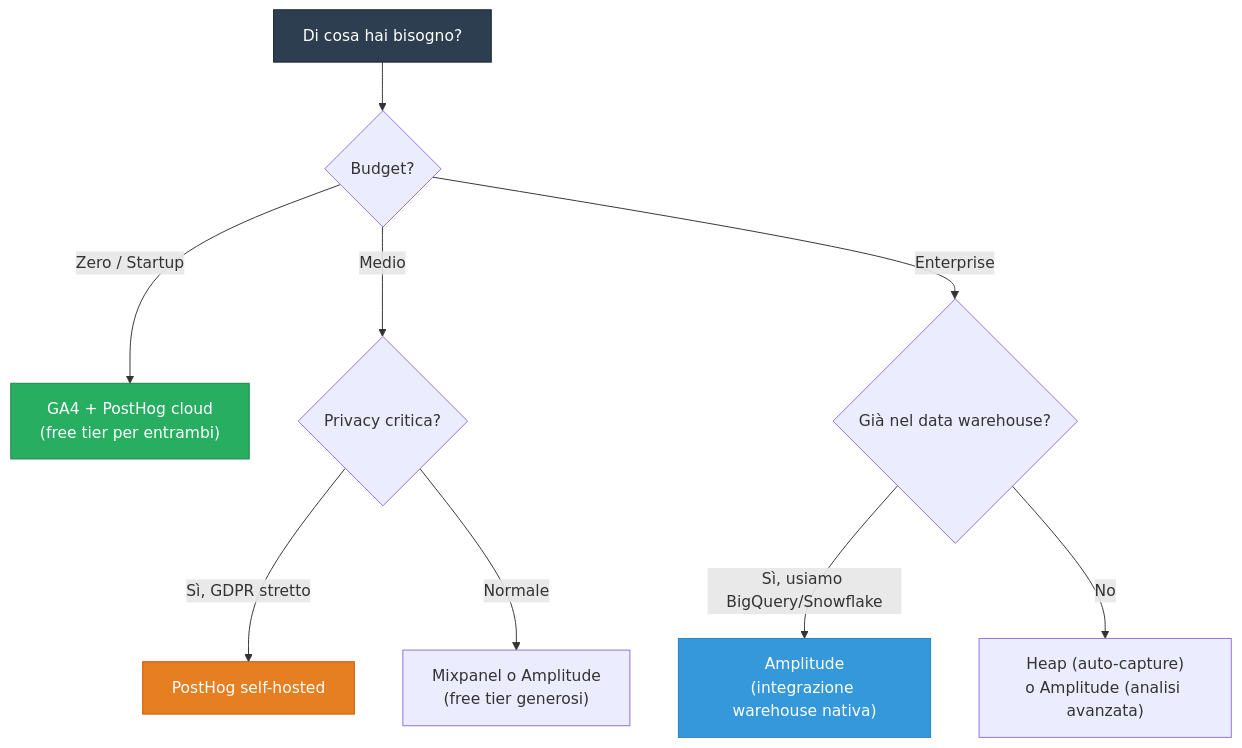
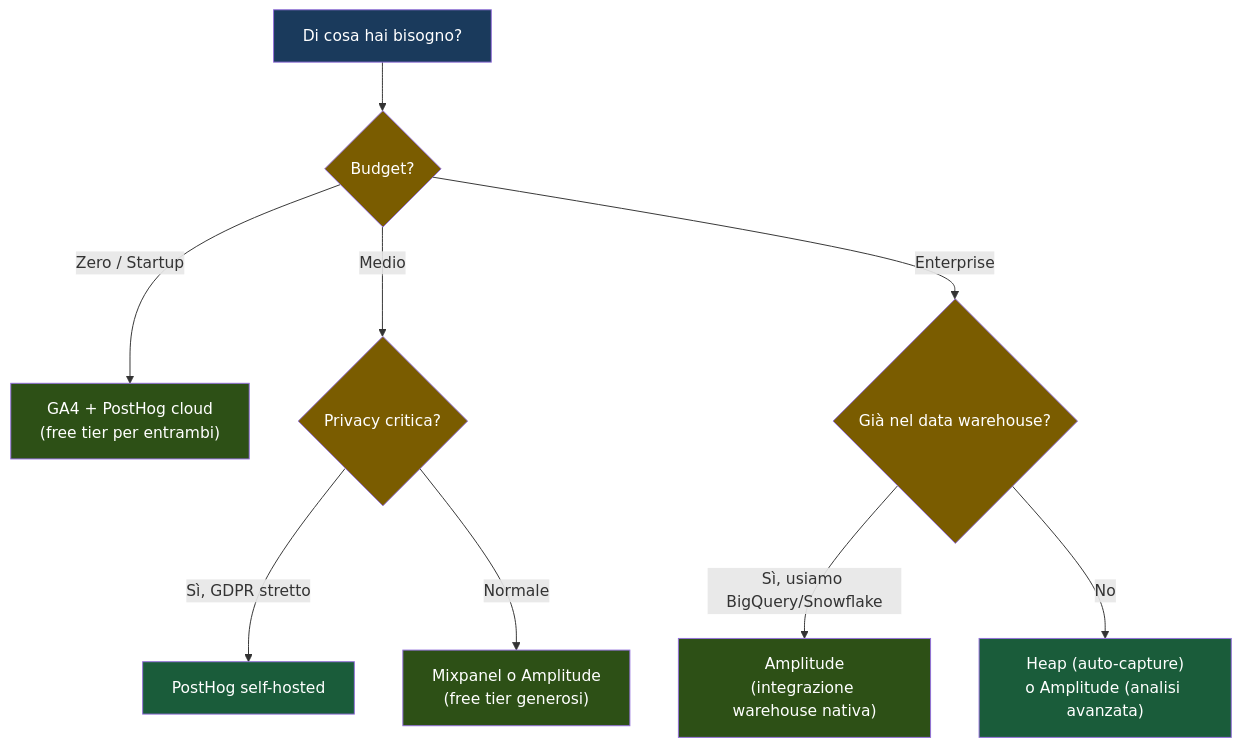
One commit to AndreyBertasini/gynnitech changed the third of 4 diagrams in src/content/corso/analisi-prodotto/strumenti-product-analytics.mdx. Above: the diagram before and after it, drawn with Mermaid. The commit also changed other lines of this file and 21 other files, not shown here.

First line of the commit message:
style: applica color scheme semantico a tutti i diagrammi Mermaid del corso

````diff
--- a/src/content/corso/analisi-prodotto/strumenti-product-analytics.mdx
+++ b/src/content/corso/analisi-prodotto/strumenti-product-analytics.mdx
@@ -204,15 +210,20 @@
 ```mermaid
 graph TD
     START["Di cosa hai bisogno?"] --> Q1{"Budget?"}
     Q1 -->|"Zero / Startup"| GA4_PH["GA4 + PostHog cloud\n(free tier per entrambi)"]
     Q1 -->|"Medio"| Q2{"Privacy critica?"}
     Q1 -->|"Enterprise"| Q3{"Già nel data warehouse?"}
     Q2 -->|"Sì, GDPR stretto"| PH["PostHog self-hosted"]
     Q2 -->|"Normale"| MIX_AMP["Mixpanel o Amplitude\n(free tier generosi)"]
     Q3 -->|"Sì, usiamo BigQuery/Snowflake"| AMP["Amplitude\n(integrazione warehouse nativa)"]
     Q3 -->|"No"| HEAP_AMP["Heap (auto-capture)\no Amplitude (analisi avanzata)"]
-    style START fill:#2c3e50,stroke:#1a252f,color:#fff
-    style GA4_PH fill:#27ae60,stroke:#1e8449,color:#fff
-    style PH fill:#e67e22,stroke:#d35400,color:#fff
-    style AMP fill:#3498db,stroke:#2980b9,color:#fff
+    style START fill:#1a3a5c,color:#ffffff
+    style Q1 fill:#7a5c00,color:#ffffff
+    style Q2 fill:#7a5c00,color:#ffffff
+    style Q3 fill:#7a5c00,color:#ffffff
+    style GA4_PH fill:#2d5016,color:#ffffff
+    style PH fill:#1a5c3a,color:#ffffff
+    style MIX_AMP fill:#2d5016,color:#ffffff
+    style AMP fill:#2d5016,color:#ffffff
+    style HEAP_AMP fill:#1a5c3a,color:#ffffff
 ```
````
